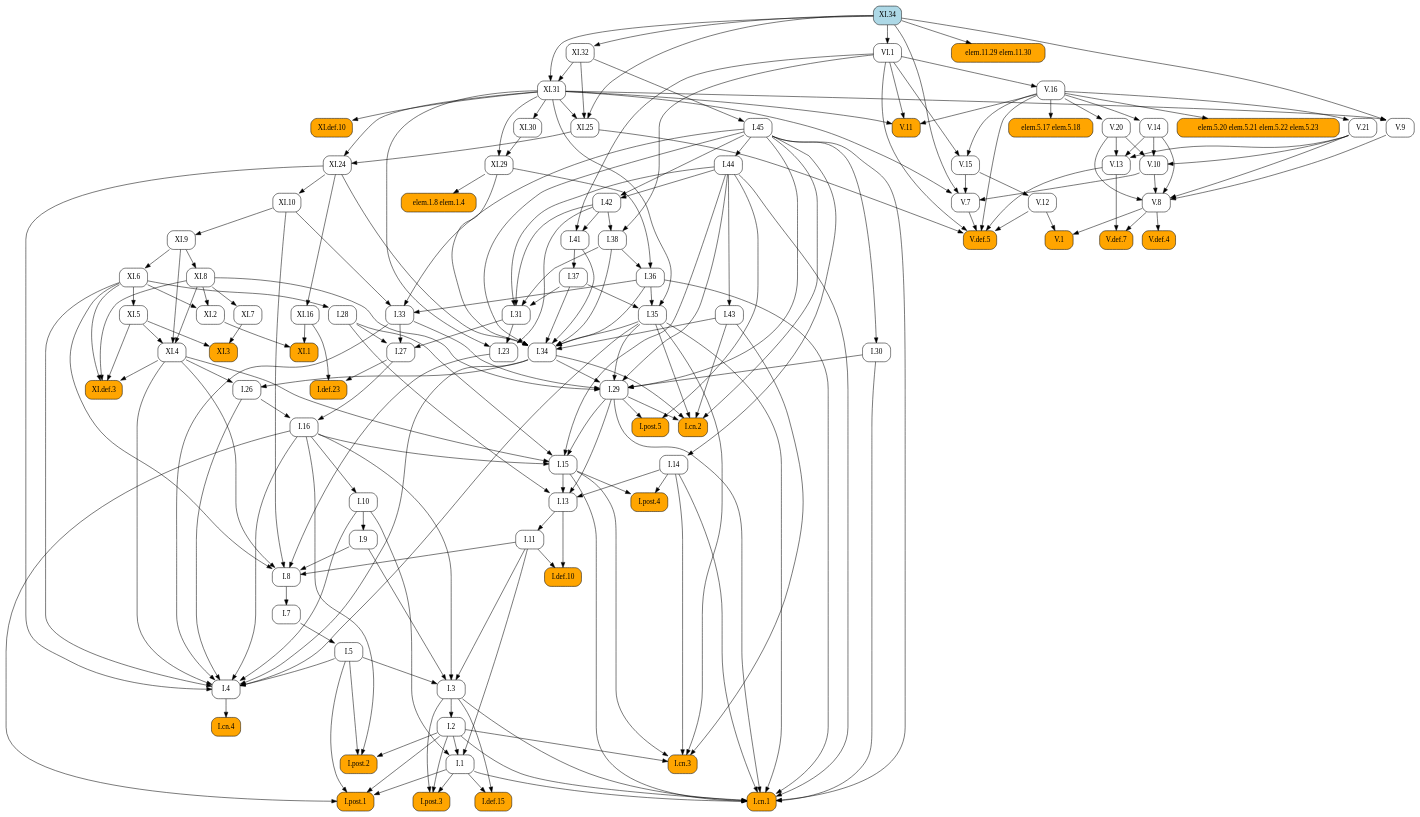
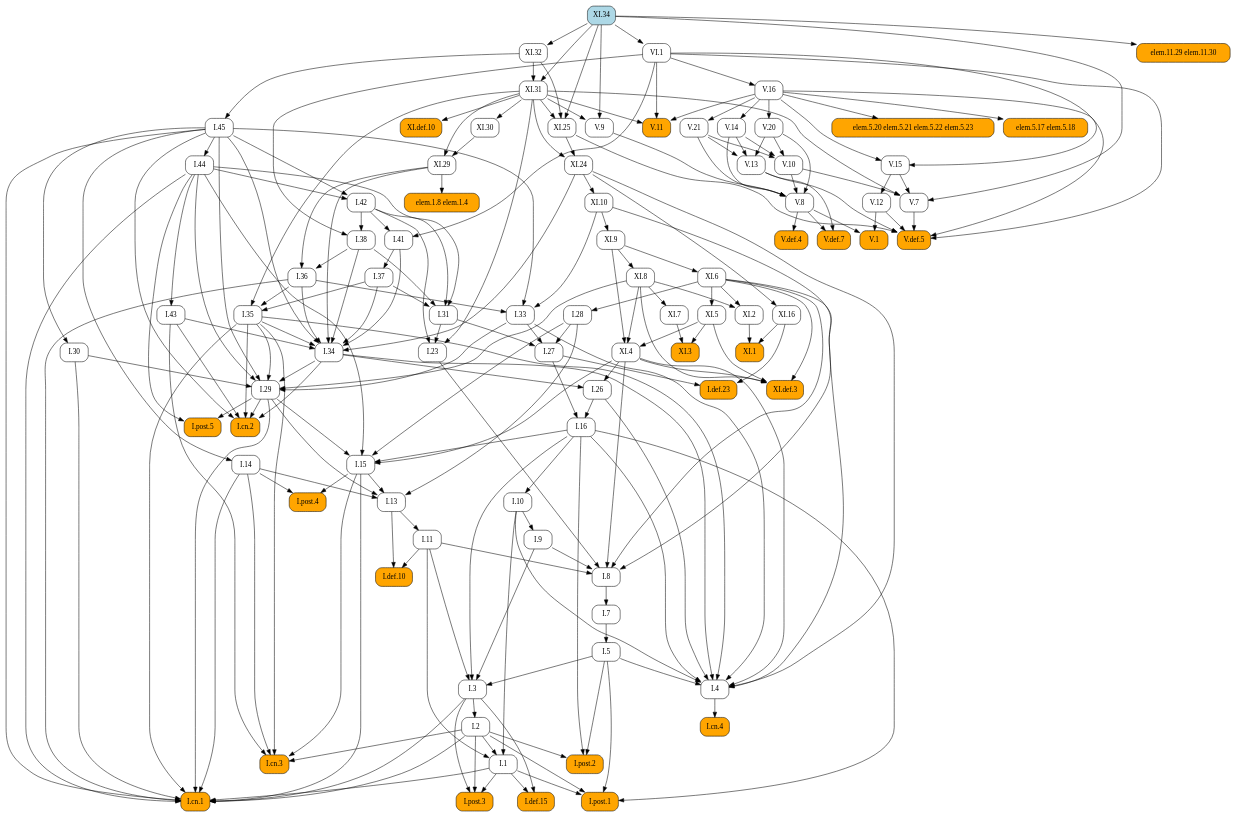
The diagram in docsrc/heath/XI/34/index.rst (geometor/elements), drawn with Graphviz before and after one commit. The commit also changed other lines of this file and 1029 other files, not shown here.

```diff
--- a/docsrc/heath/XI/34/index.rst
+++ b/docsrc/heath/XI/34/index.rst
@@ -90,108 +90,146 @@
    digraph {
      rankdir="TB";
      node [shape=box, style=rounded];
+     "I.def.10" [style="rounded,filled", fillcolor=orange, URL="/heath/I/def.10/", target="_top"];
+     "I.11" [URL="/heath/I/11/", target="_top"];
+     "I.post.4" [style="rounded,filled", fillcolor=orange, URL="/heath/I/post.4/", target="_top"];
+     "I.28" [URL="/heath/I/28/", target="_top"];
+     "I.1" [URL="/heath/I/1/", target="_top"];
+     "XI.7" [URL="/heath/XI/7/", target="_top"];
+     "V.def.5" [style="rounded,filled", fillcolor=orange, URL="/heath/V/def.5/", target="_top"];
+     "XI.9" [URL="/heath/XI/9/", target="_top"];
+     "XI.8" [URL="/heath/XI/8/", target="_top"];
+     "V.11" [style="rounded,filled", fillcolor=orange, URL="/heath/V/11/", target="_top"];
+     "V.13" [URL="/heath/V/13/", target="_top"];
+     "I.post.3" [style="rounded,filled", fillcolor=orange, URL="/heath/I/post.3/", target="_top"];
+     "VI.1" [URL="/heath/VI/1/", target="_top"];
+     "XI.1" [style="rounded,filled", fillcolor=orange, URL="/heath/XI/1/", target="_top"];
+     "I.cn.3" [style="rounded,filled", fillcolor=orange, URL="/heath/I/cn.3/", target="_top"];
+     "XI.25" [URL="/heath/XI/25/", target="_top"];
+     "I.14" [URL="/heath/I/14/", target="_top"];
+     "V.16" [URL="/heath/V/16/", target="_top"];
+     "XI.2" [URL="/heath/XI/2/", target="_top"];
+     "XI.16" [URL="/heath/XI/16/", target="_top"];
+     "XI.31" [URL="/heath/XI/31/", target="_top"];
+     "I.36" [URL="/heath/I/36/", target="_top"];
+     "V.8" [URL="/heath/V/8/", target="_top"];
+     "I.41" [URL="/heath/I/41/", target="_top"];
+     "I.37" [URL="/heath/I/37/", target="_top"];
+     "I.34" [URL="/heath/I/34/", target="_top"];
+     "I.27" [URL="/heath/I/27/", target="_top"];
+     "I.2" [URL="/heath/I/2/", target="_top"];
+     "I.def.23" [style="rounded,filled", fillcolor=orange, URL="/heath/I/def.23/", target="_top"];
+     "elem.1.8 elem.1.4" [style="rounded,filled", fillcolor=orange];
+     "XI.32" [URL="/heath/XI/32/", target="_top"];
+     "elem.11.29 elem.11.30" [style="rounded,filled", fillcolor=orange];
+     "I.33" [URL="/heath/I/33/", target="_top"];
+     "I.post.2" [style="rounded,filled", fillcolor=orange, URL="/heath/I/post.2/", target="_top"];
+     "I.45" [URL="/heath/I/45/", target="_top"];
+     "I.42" [URL="/heath/I/42/", target="_top"];
+     "elem.5.20 elem.5.21 elem.5.22 elem.5.23" [style="rounded,filled", fillcolor=orange];
+     "I.9" [URL="/heath/I/9/", target="_top"];
+     "V.def.4" [style="rounded,filled", fillcolor=orange, URL="/heath/V/def.4/", target="_top"];
+     "I.cn.4" [style="rounded,filled", fillcolor=orange, URL="/heath/I/cn.4/", target="_top"];
+     "I.15" [URL="/heath/I/15/", target="_top"];
+     "I.38" [URL="/heath/I/38/", target="_top"];
+     "V.def.7" [style="rounded,filled", fillcolor=orange, URL="/heath/V/def.7/", target="_top"];
+     "I.5" [URL="/heath/I/5/", target="_top"];
+     "V.21" [URL="/heath/V/21/", target="_top"];
+     "XI.def.3" [style="rounded,filled", fillcolor=orange, URL="/heath/XI/def.3/", target="_top"];
+     "I.26" [URL="/heath/I/26/", target="_top"];
+     "V.14" [URL="/heath/V/14/", target="_top"];
+     "I.29" [URL="/heath/I/29/", target="_top"];
+     "V.12" [URL="/heath/V/12/", target="_top"];
+     "I.cn.2" [style="rounded,filled", fillcolor=orange, URL="/heath/I/cn.2/", target="_top"];
+     "V.20" [URL="/heath/V/20/", target="_top"];
+     "V.10" [URL="/heath/V/10/", target="_top"];
+     "XI.30" [URL="/heath/XI/30/", target="_top"];
+     "I.def.15" [style="rounded,filled", fillcolor=orange, URL="/heath/I/def.15/", target="_top"];
+     "V.15" [URL="/heath/V/15/", target="_top"];
+     "XI.5" [URL="/heath/XI/5/", target="_top"];
+     "I.cn.1" [style="rounded,filled", fillcolor=orange, URL="/heath/I/cn.1/", target="_top"];
+     "I.30" [URL="/heath/I/30/", target="_top"];
+     "V.7" [URL="/heath/V/7/", target="_top"];
+     "XI.29" [URL="/heath/XI/29/", target="_top"];
+     "V.9" [URL="/heath/V/9/", target="_top"];
+     "I.23" [URL="/heath/I/23/", target="_top"];
+     "I.43" [URL="/heath/I/43/", target="_top"];
+     "I.post.1" [style="rounded,filled", fillcolor=orange, URL="/heath/I/post.1/", target="_top"];
+     "XI.6" [URL="/heath/XI/6/", target="_top"];
+     "I.35" [URL="/heath/I/35/", target="_top"];
+     "I.7" [URL="/heath/I/7/", target="_top"];
+     "I.3" [URL="/heath/I/3/", target="_top"];
+     "I.4" [URL="/heath/I/4/", target="_top"];
+     "I.13" [URL="/heath/I/13/", target="_top"];
+     "XI.def.10" [style="rounded,filled", fillcolor=orange, URL="/heath/XI/def.10/", target="_top"];
+     "I.31" [URL="/heath/I/31/", target="_top"];
      "V.1" [style="rounded,filled", fillcolor=orange, URL="/heath/V/1/", target="_top"];
-     "XI.32" [URL="/heath/XI/32/", target="_top"];
-     "I.29" [URL="/heath/I/29/", target="_top"];
-     "I.7" [URL="/heath/I/7/", target="_top"];
-     "I.27" [URL="/heath/I/27/", target="_top"];
-     "I.def.23" [style="rounded,filled", fillcolor=orange, URL="/heath/I/def.23/", target="_top"];
-     "V.20" [URL="/heath/V/20/", target="_top"];
-     "I.34" [URL="/heath/I/34/", target="_top"];
+     "I.16" [URL="/heath/I/16/", target="_top"];
+     "elem.5.17 elem.5.18" [style="rounded,filled", fillcolor=orange];
+     "XI.34" [style="rounded,filled", fillcolor=lightblue, URL="/heath/XI/34/", target="_top"];
      "I.8" [URL="/heath/I/8/", target="_top"];
-     "I.9" [URL="/heath/I/9/", target="_top"];
      "XI.4" [URL="/heath/XI/4/", target="_top"];
-     "I.post.4" [style="rounded,filled", fillcolor=orange, URL="/heath/I/post.4/", target="_top"];
-     "I.2" [URL="/heath/I/2/", target="_top"];
-     "I.28" [URL="/heath/I/28/", target="_top"];
-     "XI.1" [style="rounded,filled", fillcolor=orange, URL="/heath/XI/1/", target="_top"];
-     "I.cn.4" [style="rounded,filled", fillcolor=orange, URL="/heath/I/cn.4/", target="_top"];
-     "XI.31" [URL="/heath/XI/31/", target="_top"];
-     "XI.25" [URL="/heath/XI/25/", target="_top"];
-     "elem.5.20 elem.5.21 elem.5.22 elem.5.23" [style="rounded,filled", fillcolor=orange];
-     "I.23" [URL="/heath/I/23/", target="_top"];
-     "I.13" [URL="/heath/I/13/", target="_top"];
-     "I.5" [URL="/heath/I/5/", target="_top"];
-     "I.11" [URL="/heath/I/11/", target="_top"];
-     "XI.def.10" [style="rounded,filled", fillcolor=orange, URL="/heath/XI/def.10/", target="_top"];
-     "XI.5" [URL="/heath/XI/5/", target="_top"];
-     "I.4" [URL="/heath/I/4/", target="_top"];
-     "I.43" [URL="/heath/I/43/", target="_top"];
-     "I.def.10" [style="rounded,filled", fillcolor=orange, URL="/heath/I/def.10/", target="_top"];
-     "I.post.3" [style="rounded,filled", fillcolor=orange, URL="/heath/I/post.3/", target="_top"];
-     "V.9" [URL="/heath/V/9/", target="_top"];
-     "XI.30" [URL="/heath/XI/30/", target="_top"];
-     "XI.6" [URL="/heath/XI/6/", target="_top"];
-     "elem.5.17 elem.5.18" [style="rounded,filled", fillcolor=orange];
-     "XI.7" [URL="/heath/XI/7/", target="_top"];
-     "I.36" [URL="/heath/I/36/", target="_top"];
-     "V.12" [URL="/heath/V/12/", target="_top"];
-     "I.15" [URL="/heath/I/15/", target="_top"];
-     "XI.2" [URL="/heath/XI/2/", target="_top"];
-     "V.14" [URL="/heath/V/14/", target="_top"];
-     "XI.8" [URL="/heath/XI/8/", target="_top"];
-     "V.def.5" [style="rounded,filled", fillcolor=orange, URL="/heath/V/def.5/", target="_top"];
-     "I.41" [URL="/heath/I/41/", target="_top"];
-     "I.cn.3" [style="rounded,filled", fillcolor=orange, URL="/heath/I/cn.3/", target="_top"];
-     "I.30" [URL="/heath/I/30/", target="_top"];
-     "I.45" [URL="/heath/I/45/", target="_top"];
-     "I.38" [URL="/heath/I/38/", target="_top"];
-     "V.16" [URL="/heath/V/16/", target="_top"];
-     "V.15" [URL="/heath/V/15/", target="_top"];
-     "V.def.4" [style="rounded,filled", fillcolor=orange, URL="/heath/V/def.4/", target="_top"];
-     "V.21" [URL="/heath/V/21/", target="_top"];
-     "V.8" [URL="/heath/V/8/", target="_top"];
-     "XI.34" [style="rounded,filled", fillcolor=lightblue, URL="/heath/XI/34/", target="_top"];
-     "I.42" [URL="/heath/I/42/", target="_top"];
-     "V.7" [URL="/heath/V/7/", target="_top"];
-     "I.def.15" [style="rounded,filled", fillcolor=orange, URL="/heath/I/def.15/", target="_top"];
-     "I.1" [URL="/heath/I/1/", target="_top"];
+     "XI.24" [URL="/heath/XI/24/", target="_top"];
+     "I.post.5" [style="rounded,filled", fillcolor=orange, URL="/heath/I/post.5/", target="_top"];
      "I.44" [URL="/heath/I/44/", target="_top"];
-     "V.13" [URL="/heath/V/13/", target="_top"];
-     "I.post.1" [style="rounded,filled", fillcolor=orange, URL="/heath/I/post.1/", target="_top"];
-     "elem.11.29 elem.11.30" [style="rounded,filled", fillcolor=orange];
+     "I.10" [URL="/heath/I/10/", target="_top"];
      "XI.10" [URL="/heath/XI/10/", target="_top"];
-     "I.26" [URL="/heath/I/26/", target="_top"];
-     "I.33" [URL="/heath/I/33/", target="_top"];
-     "V.def.7" [style="rounded,filled", fillcolor=orange, URL="/heath/V/def.7/", target="_top"];
-     "XI.9" [URL="/heath/XI/9/", target="_top"];
-     "I.cn.2" [style="rounded,filled", fillcolor=orange, URL="/heath/I/cn.2/", target="_top"];
-     "V.10" [URL="/heath/V/10/", target="_top"];
-     "I.10" [URL="/heath/I/10/", target="_top"];
-     "I.3" [URL="/heath/I/3/", target="_top"];
-     "I.16" [URL="/heath/I/16/", target="_top"];
-     "I.31" [URL="/heath/I/31/", target="_top"];
-     "V.11" [style="rounded,filled", fillcolor=orange, URL="/heath/V/11/", target="_top"];
-     "XI.def.3" [style="rounded,filled", fillcolor=orange, URL="/heath/XI/def.3/", target="_top"];
-     "XI.29" [URL="/heath/XI/29/", target="_top"];
-     "I.post.2" [style="rounded,filled", fillcolor=orange, URL="/heath/I/post.2/", target="_top"];
-     "I.post.5" [style="rounded,filled", fillcolor=orange, URL="/heath/I/post.5/", target="_top"];
      "XI.3" [style="rounded,filled", fillcolor=orange, URL="/heath/XI/3/", target="_top"];
-     "VI.1" [URL="/heath/VI/1/", target="_top"];
-     "I.14" [URL="/heath/I/14/", target="_top"];
-     "I.35" [URL="/heath/I/35/", target="_top"];
-     "XI.24" [URL="/heath/XI/24/", target="_top"];
-     "I.cn.1" [style="rounded,filled", fillcolor=orange, URL="/heath/I/cn.1/", target="_top"];
-     "elem.1.8 elem.1.4" [style="rounded,filled", fillcolor=orange];
-     "I.37" [URL="/heath/I/37/", target="_top"];
-     "XI.16" [URL="/heath/XI/16/", target="_top"];
-     "V.8" -> "V.1";
-     "V.12" -> "V.1";
-     "XI.34" -> "XI.32";
-     "I.30" -> "I.29";
-     "I.33" -> "I.29";
-     "I.34" -> "I.29";
-     "I.35" -> "I.29";
-     "I.44" -> "I.29";
-     "I.45" -> "I.29";
-     "XI.8" -> "I.29";
-     "I.8" -> "I.7";
-     "I.28" -> "I.27";
-     "I.31" -> "I.27";
-     "I.33" -> "I.27";
-     "I.27" -> "I.def.23";
-     "XI.16" -> "I.def.23";
-     "V.16" -> "V.20";
+     "I.11" -> "I.def.10";
+     "I.13" -> "I.def.10";
+     "I.13" -> "I.11";
+     "I.14" -> "I.post.4";
+     "I.15" -> "I.post.4";
+     "XI.6" -> "I.28";
+     "I.2" -> "I.1";
+     "I.10" -> "I.1";
+     "I.11" -> "I.1";
+     "XI.8" -> "XI.7";
+     "V.7" -> "V.def.5";
+     "V.12" -> "V.def.5";
+     "V.13" -> "V.def.5";
+     "V.16" -> "V.def.5";
+     "VI.1" -> "V.def.5";
+     "XI.25" -> "V.def.5";
+     "XI.10" -> "XI.9";
+     "XI.9" -> "XI.8";
+     "V.16" -> "V.11";
+     "VI.1" -> "V.11";
+     "XI.31" -> "V.11";
+     "V.14" -> "V.13";
+     "V.20" -> "V.13";
+     "V.21" -> "V.13";
+     "I.1" -> "I.post.3";
+     "I.2" -> "I.post.3";
+     "I.3" -> "I.post.3";
+     "XI.34" -> "VI.1";
+     "XI.2" -> "XI.1";
+     "XI.16" -> "XI.1";
+     "I.2" -> "I.cn.3";
+     "I.14" -> "I.cn.3";
+     "I.15" -> "I.cn.3";
+     "I.35" -> "I.cn.3";
+     "I.43" -> "I.cn.3";
+     "XI.31" -> "XI.25";
+     "XI.32" -> "XI.25";
+     "XI.34" -> "XI.25";
+     "I.45" -> "I.14";
+     "VI.1" -> "V.16";
+     "XI.6" -> "XI.2";
+     "XI.8" -> "XI.2";
+     "XI.24" -> "XI.16";
+     "XI.32" -> "XI.31";
+     "XI.34" -> "XI.31";
+     "I.38" -> "I.36";
+     "XI.29" -> "I.36";
+     "V.9" -> "V.8";
+     "V.10" -> "V.8";
+     "V.14" -> "V.8";
+     "V.20" -> "V.8";
+     "V.21" -> "V.8";
+     "I.42" -> "I.41";
+     "VI.1" -> "I.41";
+     "I.41" -> "I.37";
      "I.35" -> "I.34";
      "I.36" -> "I.34";
      "I.37" -> "I.34";
@@ -201,172 +239,69 @@
      "I.45" -> "I.34";
      "XI.24" -> "I.34";
      "XI.29" -> "I.34";
-     "I.9" -> "I.8";
-     "I.11" -> "I.8";
-     "I.23" -> "I.8";
-     "XI.4" -> "I.8";
-     "XI.6" -> "I.8";
-     "XI.10" -> "I.8";
+     "I.28" -> "I.27";
+     "I.31" -> "I.27";
+     "I.33" -> "I.27";
+     "I.3" -> "I.2";
+     "I.27" -> "I.def.23";
+     "XI.16" -> "I.def.23";
+     "XI.29" -> "elem.1.8 elem.1.4";
+     "XI.34" -> "XI.32";
+     "XI.34" -> "elem.11.29 elem.11.30";
+     "I.36" -> "I.33";
+     "I.45" -> "I.33";
+     "XI.10" -> "I.33";
+     "I.2" -> "I.post.2";
+     "I.5" -> "I.post.2";
+     "I.16" -> "I.post.2";
+     "XI.32" -> "I.45";
+     "I.44" -> "I.42";
+     "I.45" -> "I.42";
+     "V.16" -> "elem.5.20 elem.5.21 elem.5.22 elem.5.23";
      "I.10" -> "I.9";
-     "XI.5" -> "XI.4";
-     "XI.8" -> "XI.4";
-     "XI.9" -> "XI.4";
-     "I.14" -> "I.post.4";
-     "I.15" -> "I.post.4";
-     "I.3" -> "I.2";
-     "XI.6" -> "I.28";
-     "XI.2" -> "XI.1";
-     "XI.16" -> "XI.1";
+     "V.8" -> "V.def.4";
      "I.4" -> "I.cn.4";
-     "XI.32" -> "XI.31";
-     "XI.34" -> "XI.31";
-     "XI.31" -> "XI.25";
-     "XI.32" -> "XI.25";
-     "XI.34" -> "XI.25";
-     "V.16" -> "elem.5.20 elem.5.21 elem.5.22 elem.5.23";
-     "I.31" -> "I.23";
-     "I.42" -> "I.23";
-     "XI.31" -> "I.23";
-     "I.14" -> "I.13";
-     "I.15" -> "I.13";
-     "I.28" -> "I.13";
-     "I.29" -> "I.13";
-     "I.7" -> "I.5";
-     "I.13" -> "I.11";
-     "XI.31" -> "XI.def.10";
-     "XI.6" -> "XI.5";
-     "I.5" -> "I.4";
-     "I.10" -> "I.4";
-     "I.16" -> "I.4";
-     "I.26" -> "I.4";
-     "I.33" -> "I.4";
-     "I.34" -> "I.4";
-     "I.35" -> "I.4";
-     "XI.4" -> "I.4";
-     "XI.6" -> "I.4";
-     "XI.24" -> "I.4";
-     "I.44" -> "I.43";
-     "I.11" -> "I.def.10";
-     "I.13" -> "I.def.10";
-     "I.1" -> "I.post.3";
-     "I.2" -> "I.post.3";
-     "I.3" -> "I.post.3";
-     "XI.31" -> "V.9";
-     "XI.34" -> "V.9";
-     "XI.31" -> "XI.30";
-     "XI.9" -> "XI.6";
-     "V.16" -> "elem.5.17 elem.5.18";
-     "XI.8" -> "XI.7";
-     "I.38" -> "I.36";
-     "XI.29" -> "I.36";
-     "V.15" -> "V.12";
      "I.16" -> "I.15";
      "I.28" -> "I.15";
      "I.29" -> "I.15";
      "I.44" -> "I.15";
      "XI.4" -> "I.15";
-     "XI.6" -> "XI.2";
-     "XI.8" -> "XI.2";
-     "V.16" -> "V.14";
-     "XI.9" -> "XI.8";
-     "V.7" -> "V.def.5";
-     "V.12" -> "V.def.5";
-     "V.13" -> "V.def.5";
-     "V.16" -> "V.def.5";
-     "VI.1" -> "V.def.5";
-     "XI.25" -> "V.def.5";
-     "I.42" -> "I.41";
-     "VI.1" -> "I.41";
-     "I.2" -> "I.cn.3";
-     "I.14" -> "I.cn.3";
-     "I.15" -> "I.cn.3";
-     "I.35" -> "I.cn.3";
-     "I.43" -> "I.cn.3";
-     "I.45" -> "I.30";
-     "XI.32" -> "I.45";
      "I.42" -> "I.38";
      "VI.1" -> "I.38";
-     "VI.1" -> "V.16";
-     "V.16" -> "V.15";
-     "VI.1" -> "V.15";
-     "V.8" -> "V.def.4";
+     "V.8" -> "V.def.7";
+     "V.13" -> "V.def.7";
+     "I.7" -> "I.5";
      "V.16" -> "V.21";
-     "V.9" -> "V.8";
-     "V.10" -> "V.8";
-     "V.14" -> "V.8";
-     "V.20" -> "V.8";
-     "V.21" -> "V.8";
-     "I.44" -> "I.42";
-     "I.45" -> "I.42";
-     "V.10" -> "V.7";
-     "V.15" -> "V.7";
-     "XI.31" -> "V.7";
-     "XI.34" -> "V.7";
-     "I.1" -> "I.def.15";
-     "I.3" -> "I.def.15";
-     "I.2" -> "I.1";
-     "I.10" -> "I.1";
-     "I.11" -> "I.1";
-     "I.45" -> "I.44";
-     "V.14" -> "V.13";
-     "V.20" -> "V.13";
-     "V.21" -> "V.13";
-     "I.1" -> "I.post.1";
-     "I.2" -> "I.post.1";
-     "I.5" -> "I.post.1";
-     "I.16" -> "I.post.1";
-     "XI.34" -> "elem.11.29 elem.11.30";
-     "XI.24" -> "XI.10";
+     "XI.4" -> "XI.def.3";
+     "XI.5" -> "XI.def.3";
+     "XI.6" -> "XI.def.3";
+     "XI.8" -> "XI.def.3";
      "I.34" -> "I.26";
      "XI.4" -> "I.26";
-     "I.36" -> "I.33";
-     "I.45" -> "I.33";
-     "XI.10" -> "I.33";
-     "V.8" -> "V.def.7";
-     "V.13" -> "V.def.7";
-     "XI.10" -> "XI.9";
+     "V.16" -> "V.14";
+     "I.30" -> "I.29";
+     "I.33" -> "I.29";
+     "I.34" -> "I.29";
+     "I.35" -> "I.29";
+     "I.44" -> "I.29";
+     "I.45" -> "I.29";
+     "XI.8" -> "I.29";
+     "V.15" -> "V.12";
      "I.29" -> "I.cn.2";
      "I.34" -> "I.cn.2";
      "I.35" -> "I.cn.2";
      "I.43" -> "I.cn.2";
      "I.45" -> "I.cn.2";
+     "V.16" -> "V.20";
      "V.14" -> "V.10";
      "V.20" -> "V.10";
      "V.21" -> "V.10";
-     "I.16" -> "I.10";
-     "I.5" -> "I.3";
-     "I.9" -> "I.3";
-     "I.11" -> "I.3";
-     "I.16" -> "I.3";
-     "I.26" -> "I.16";
-     "I.27" -> "I.16";
-     "I.37" -> "I.31";
-     "I.38" -> "I.31";
-     "I.42" -> "I.31";
-     "I.44" -> "I.31";
-     "V.16" -> "V.11";
-     "VI.1" -> "V.11";
-     "XI.31" -> "V.11";
-     "XI.4" -> "XI.def.3";
-     "XI.5" -> "XI.def.3";
-     "XI.6" -> "XI.def.3";
-     "XI.8" -> "XI.def.3";
-     "XI.30" -> "XI.29";
-     "XI.31" -> "XI.29";
-     "I.2" -> "I.post.2";
-     "I.5" -> "I.post.2";
-     "I.16" -> "I.post.2";
-     "I.29" -> "I.post.5";
-     "I.44" -> "I.post.5";
-     "XI.5" -> "XI.3";
-     "XI.7" -> "XI.3";
-     "XI.34" -> "VI.1";
-     "I.45" -> "I.14";
-     "I.36" -> "I.35";
-     "I.37" -> "I.35";
-     "XI.31" -> "I.35";
-     "XI.25" -> "XI.24";
-     "XI.31" -> "XI.24";
+     "XI.31" -> "XI.30";
+     "I.1" -> "I.def.15";
+     "I.3" -> "I.def.15";
+     "V.16" -> "V.15";
+     "VI.1" -> "V.15";
+     "XI.6" -> "XI.5";
      "I.1" -> "I.cn.1";
      "I.2" -> "I.cn.1";
      "I.3" -> "I.cn.1";
@@ -378,7 +313,72 @@
      "I.36" -> "I.cn.1";
      "I.44" -> "I.cn.1";
      "I.45" -> "I.cn.1";
-     "XI.29" -> "elem.1.8 elem.1.4";
-     "I.41" -> "I.37";
-     "XI.24" -> "XI.16";
+     "I.45" -> "I.30";
+     "V.10" -> "V.7";
+     "V.15" -> "V.7";
+     "XI.31" -> "V.7";
+     "XI.34" -> "V.7";
+     "XI.30" -> "XI.29";
+     "XI.31" -> "XI.29";
+     "XI.31" -> "V.9";
+     "XI.34" -> "V.9";
+     "I.31" -> "I.23";
+     "I.42" -> "I.23";
+     "XI.31" -> "I.23";
+     "I.44" -> "I.43";
+     "I.1" -> "I.post.1";
+     "I.2" -> "I.post.1";
+     "I.5" -> "I.post.1";
+     "I.16" -> "I.post.1";
+     "XI.9" -> "XI.6";
+     "I.36" -> "I.35";
+     "I.37" -> "I.35";
+     "XI.31" -> "I.35";
+     "I.8" -> "I.7";
+     "I.5" -> "I.3";
+     "I.9" -> "I.3";
+     "I.11" -> "I.3";
+     "I.16" -> "I.3";
+     "I.5" -> "I.4";
+     "I.10" -> "I.4";
+     "I.16" -> "I.4";
+     "I.26" -> "I.4";
+     "I.33" -> "I.4";
+     "I.34" -> "I.4";
+     "I.35" -> "I.4";
+     "XI.4" -> "I.4";
+     "XI.6" -> "I.4";
+     "XI.24" -> "I.4";
+     "I.14" -> "I.13";
+     "I.15" -> "I.13";
+     "I.28" -> "I.13";
+     "I.29" -> "I.13";
+     "XI.31" -> "XI.def.10";
+     "I.37" -> "I.31";
+     "I.38" -> "I.31";
+     "I.42" -> "I.31";
+     "I.44" -> "I.31";
+     "V.8" -> "V.1";
+     "V.12" -> "V.1";
+     "I.26" -> "I.16";
+     "I.27" -> "I.16";
+     "V.16" -> "elem.5.17 elem.5.18";
+     "I.9" -> "I.8";
+     "I.11" -> "I.8";
+     "I.23" -> "I.8";
+     "XI.4" -> "I.8";
+     "XI.6" -> "I.8";
+     "XI.10" -> "I.8";
+     "XI.5" -> "XI.4";
+     "XI.8" -> "XI.4";
+     "XI.9" -> "XI.4";
+     "XI.25" -> "XI.24";
+     "XI.31" -> "XI.24";
+     "I.29" -> "I.post.5";
+     "I.44" -> "I.post.5";
+     "I.45" -> "I.44";
+     "I.16" -> "I.10";
+     "XI.24" -> "XI.10";
+     "XI.5" -> "XI.3";
+     "XI.7" -> "XI.3";
    }
```
